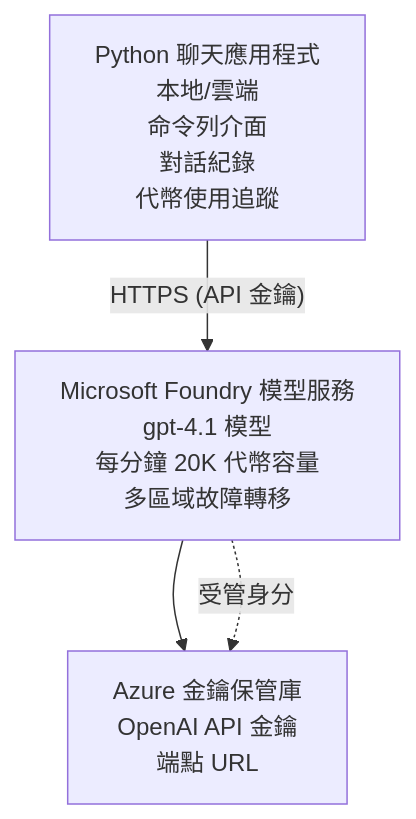
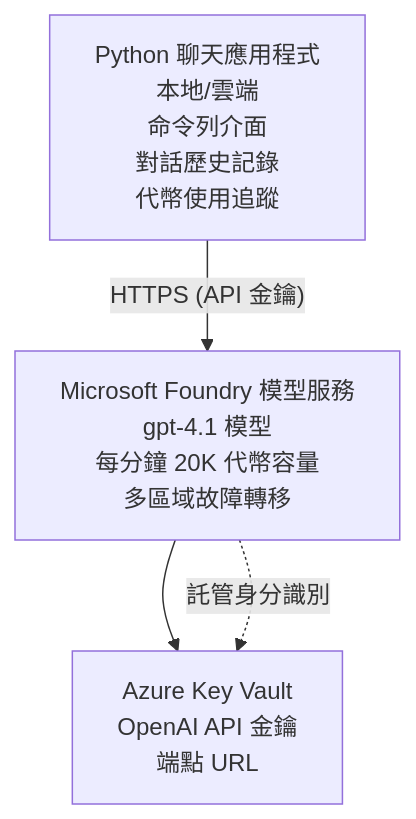
Before and after one commit to microsoft/AZD-for-beginners: the diagram in translations/zh-MO/examples/azure-openai-chat/README.md, drawn with Mermaid. The commit also changed other lines of this file and 104 other files, not shown here.

````diff
--- a/translations/zh-MO/examples/azure-openai-chat/README.md
+++ b/translations/zh-MO/examples/azure-openai-chat/README.md
@@ -26,6 +26,6 @@
 ```mermaid
 graph TD
-    App[Python 聊天應用程式<br/>本地/雲端<br/>命令列介面<br/>對話紀錄<br/>代幣使用追蹤] -- "HTTPS (API 金鑰)" --> Foundry[Microsoft Foundry 模型服務<br/>gpt-4.1 模型<br/>每分鐘 20K 代幣容量<br/>多區域故障轉移]
-    Foundry --> KV[Azure 金鑰保管庫<br/>OpenAI API 金鑰<br/>端點 URL]
-    Foundry -. 受管身分 .-> KV
+    App[Python 聊天應用程式<br/>本地/雲端<br/>命令列介面<br/>對話歷史記錄<br/>代幣使用追蹤] -- "HTTPS (API 金鑰)" --> Foundry[Microsoft Foundry 模型服務<br/>gpt-4.1 模型<br/>每分鐘 20K 代幣容量<br/>多區域故障轉移]
+    Foundry --> KV[Azure Key Vault<br/>OpenAI API 金鑰<br/>端點 URL]
+    Foundry -. 託管身分識別 .-> KV
 ```
````
